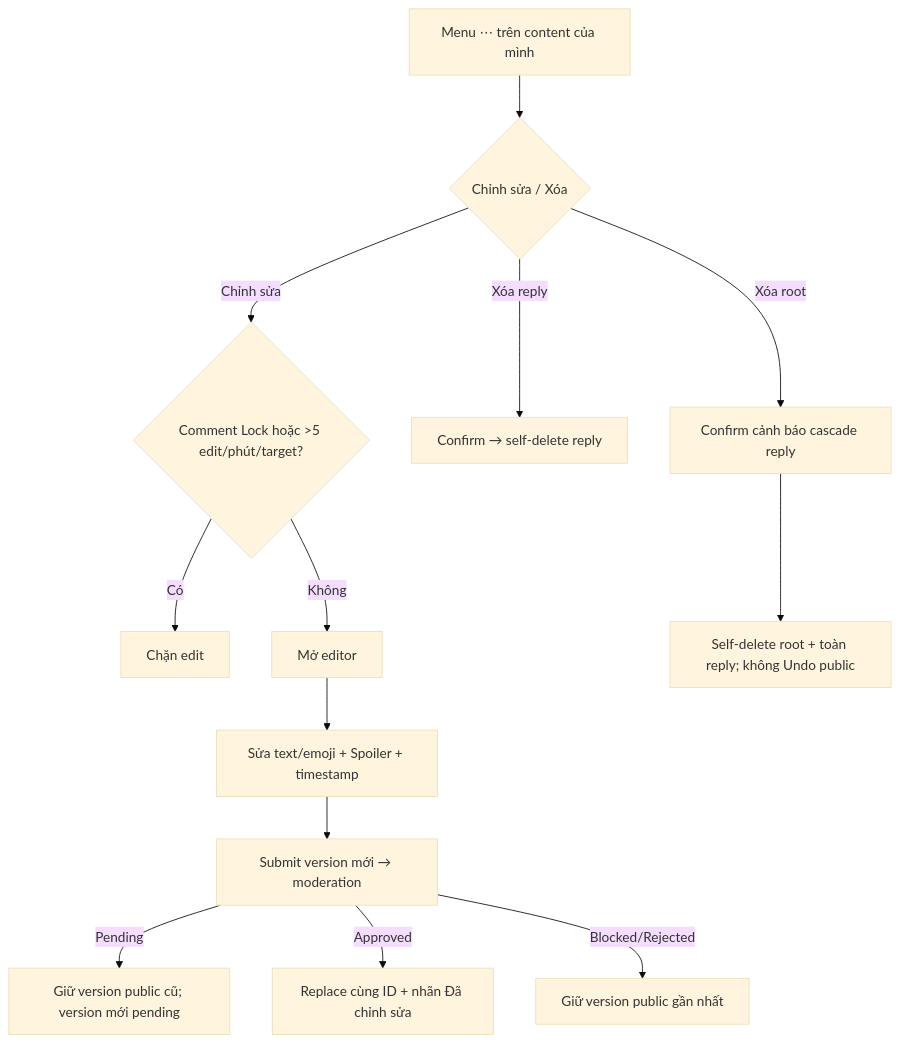
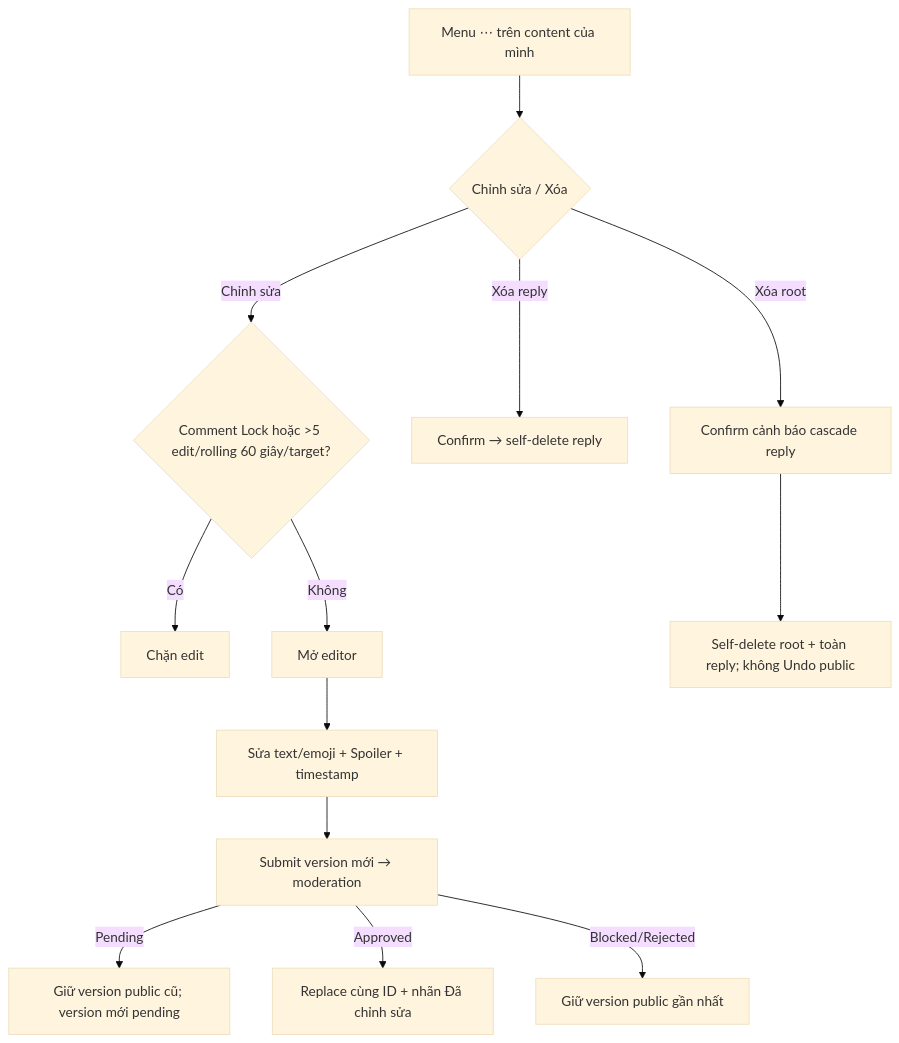
The diagram in EP01_TRAI_NGHIEM_BINH_LUAN_VA_DANH_GIA/US05_USER_FLOW.md (TanUIUX/MyTV-Comment), drawn with Mermaid (base theme) before and after one commit. The commit also changed other lines of this file and 30 other files, not shown here.

````diff
--- a/EP01_TRAI_NGHIEM_BINH_LUAN_VA_DANH_GIA/US05_USER_FLOW.md
+++ b/EP01_TRAI_NGHIEM_BINH_LUAN_VA_DANH_GIA/US05_USER_FLOW.md
@@ -7,15 +7,15 @@
 ```mermaid
 flowchart TD
  A[Menu ⋯ trên content của mình] --> B{Chỉnh sửa / Xóa}
- B -->|Chỉnh sửa| C{Comment Lock hoặc >5 edit/phút/target?}
+ B -->|Chỉnh sửa| C{Comment Lock hoặc >5 edit/rolling 60 giây/target?}
  C -->|Có| D[Chặn edit]
  C -->|Không| E[Mở editor]
  E --> F[Sửa text/emoji + Spoiler + timestamp]
  F --> G[Submit version mới → moderation]
  G -->|Pending| H[Giữ version public cũ; version mới pending]
  G -->|Approved| I[Replace cùng ID + nhãn Đã chỉnh sửa]
  G -->|Blocked/Rejected| J[Giữ version public gần nhất]
  B -->|Xóa reply| K[Confirm → self-delete reply]
  B -->|Xóa root| L[Confirm cảnh báo cascade reply]
  L --> M[Self-delete root + toàn reply; không Undo public]
 ```
````
